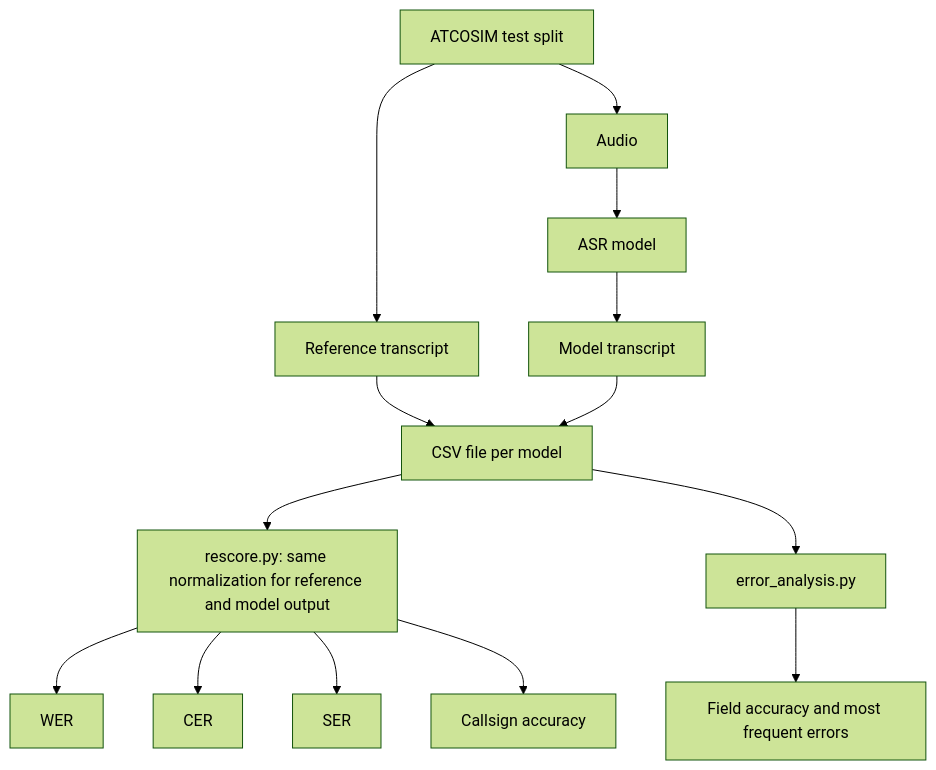
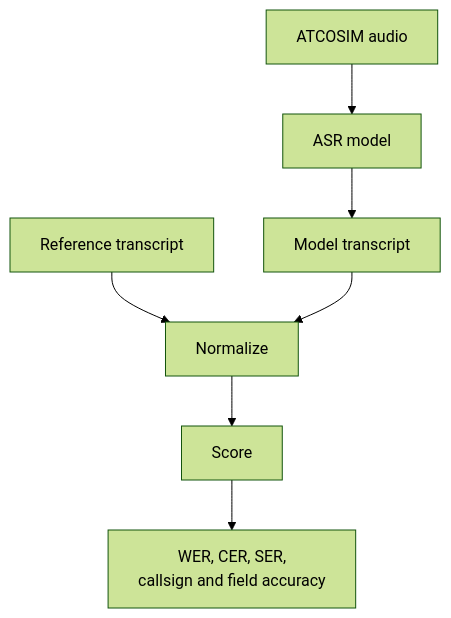
The diagram in README.md (Photnix/STT-model-evaluation-in-ATC), drawn with Mermaid (forest theme) before and after one commit. The commit also changed other lines of this file, not shown here.

````diff
--- a/README.md
+++ b/README.md
@@ -118,16 +117,8 @@
 ```mermaid
 flowchart TD
-    A["ATCOSIM test split"] --> B["Reference transcript"]
-    A --> C["Audio"]
-    C --> D["ASR model"]
-    D --> E["Model transcript"]
-    B --> F["CSV file per model"]
-    E --> F
-    F --> G["rescore.py: same normalization for reference and model output"]
-    G --> H["WER"]
-    G --> I["CER"]
-    G --> J["SER"]
-    G --> K["Callsign accuracy"]
-    F --> L["error_analysis.py"]
-    L --> M["Field accuracy and most frequent errors"]
+    A["ATCOSIM audio"] --> B["ASR model"] --> C["Model transcript"]
+    D["Reference transcript"] --> E["Normalize"]
+    C --> E
+    E --> F["Score"]
+    F --> G["WER, CER, SER,<br/>callsign and field accuracy"]
 ```
````
